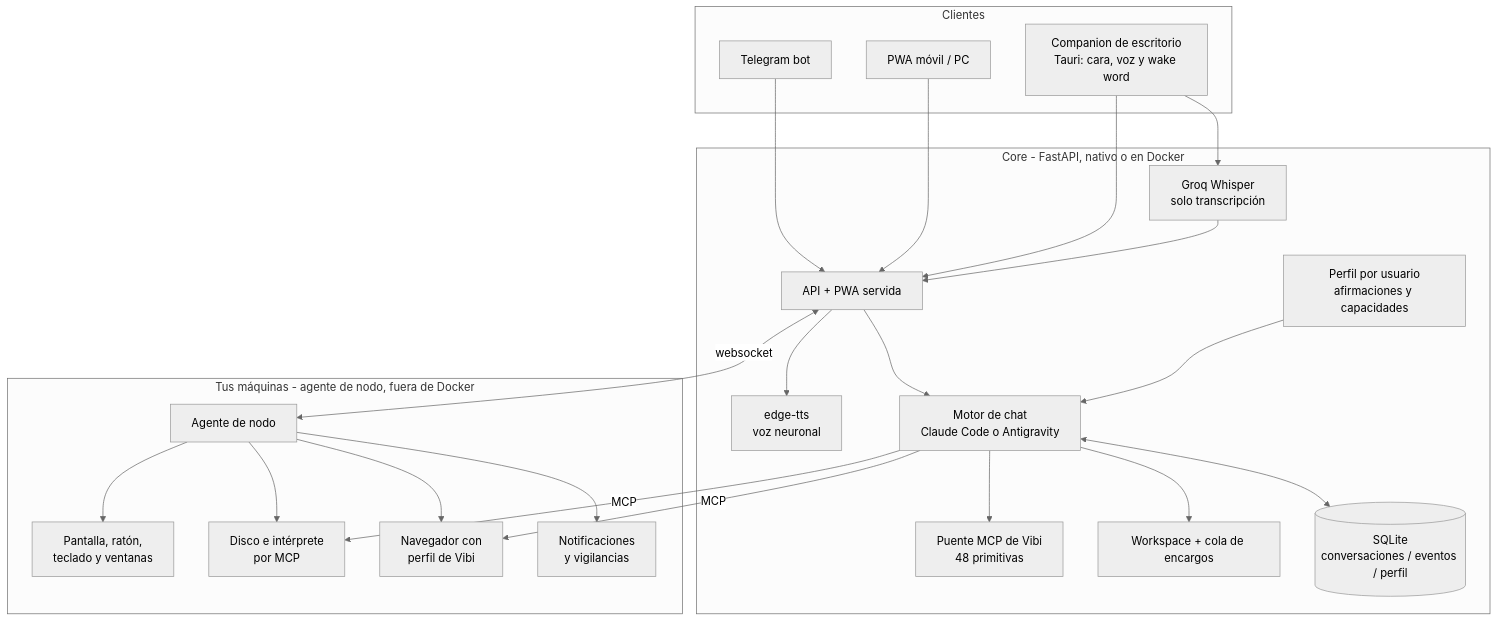
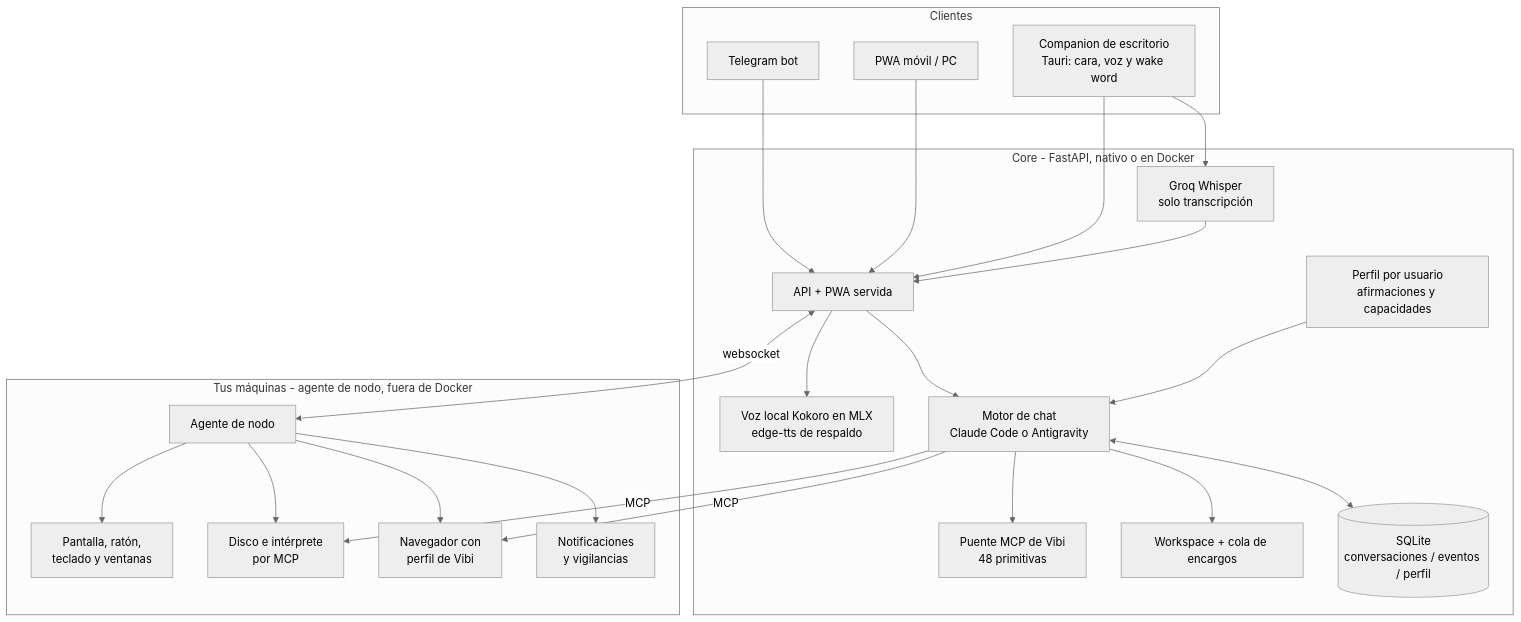
One commit to RubenGGBC/vibi changed the diagram in README.md. Above: the diagram before and after it, drawn with Mermaid (neutral theme). The commit also changed other lines of this file and 18 other files, not shown here.

Commit message:
feat: voz local con Kokoro en MLX, agy siempre encendido y preview pixel vibi

````diff
--- a/README.md
+++ b/README.md
@@ -33,47 +33,47 @@
 ```mermaid
 flowchart TB
     subgraph clientes [Clientes]
         TG[Telegram bot]
         PWA[PWA móvil / PC]
         COMP[Companion de escritorio\nTauri: cara, voz y wake word]
     end
 
     subgraph core [Core - FastAPI, nativo o en Docker]
         API[API + PWA servida]
         STT[Groq Whisper\nsolo transcripción]
-        TTS[edge-tts\nvoz neuronal]
+        TTS[Voz local Kokoro en MLX\nedge-tts de respaldo]
         MOTOR[Motor de chat\nClaude Code o Antigravity]
         MCP[Puente MCP de Vibi\n48 primitivas]
         WS[Workspace + cola de encargos]
         PERF[Perfil por usuario\nafirmaciones y capacidades]
         DB[(SQLite\nconversaciones / eventos / perfil)]
     end
 
     subgraph maquinas [Tus máquinas - agente de nodo, fuera de Docker]
         NODO[Agente de nodo]
         PANTALLA[Pantalla, ratón,\nteclado y ventanas]
         DISCO[Disco e intérprete\npor MCP]
         NAV[Navegador con\nperfil de Vibi]
         AVISOS[Notificaciones\ny vigilancias]
     end
 
     TG --> API
     PWA --> API
     COMP --> API
     COMP --> STT
     API --> TTS
     STT --> API
     API --> MOTOR
     PERF --> MOTOR
     MOTOR --> MCP
     MOTOR --> WS
     MOTOR <--> DB
     API <-->|websocket| NODO
     MOTOR -->|MCP| DISCO
     MOTOR -->|MCP| NAV
     NODO --> PANTALLA
     NODO --> DISCO
     NODO --> NAV
     NODO --> AVISOS
     core --- DB
 ```
````
